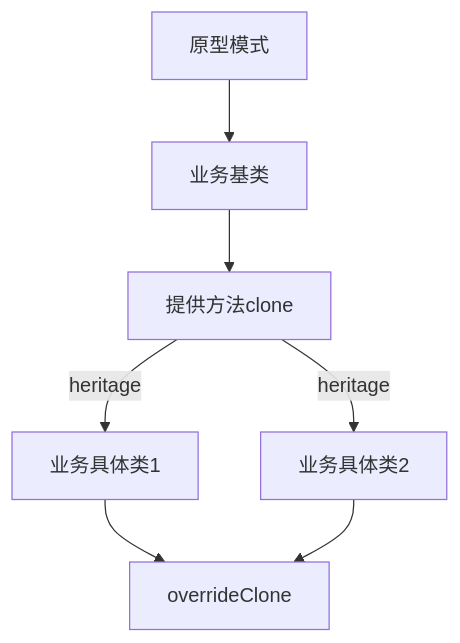
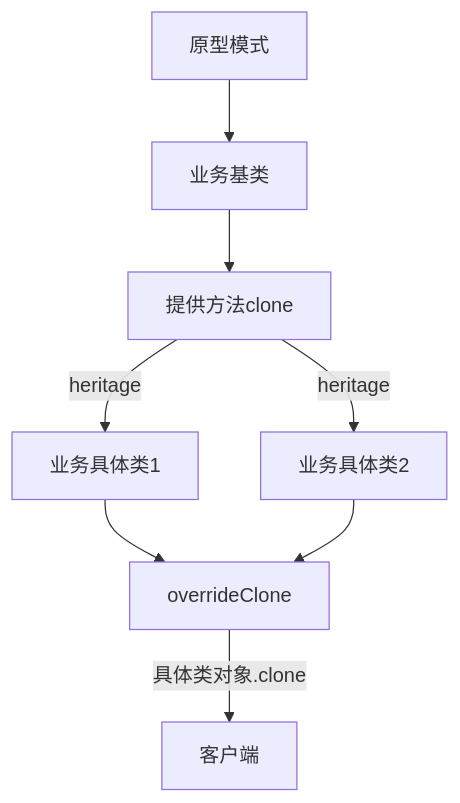
One commit to chenbei97/myLeetCode changed the eighth of 27 diagrams in C++设计模式.md. Above: the diagram before and after it, drawn with Mermaid. The commit also changed other lines of this file, not shown here.

````diff
--- a/C++设计模式.md
+++ b/C++设计模式.md
@@ -1563,12 +1586,14 @@
 ```mermaid
 graph TD
 m[原型模式]
 s1[业务基类]
 s2[提供方法clone]
 s3[业务具体类1]
 s4[业务具体类2]
 m-->s1-->s2-->|heritage|s3
 s2-->|heritage|s4
 s3-->overrideClone
 s4-->overrideClone
+e[客户端]
+overrideClone-->|具体类对象.clone|e
 ```
````
